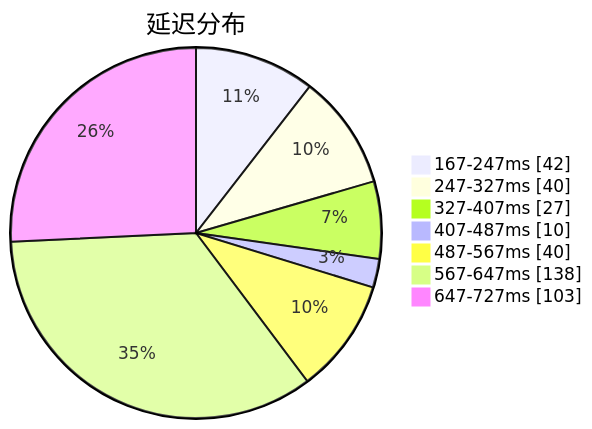
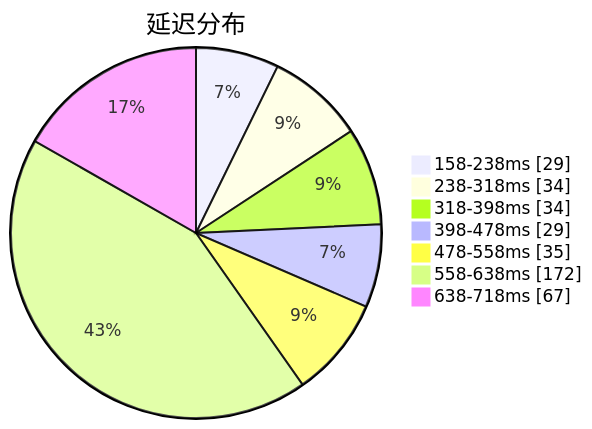
Before and after one commit to qjlxg/airport: the first of 3 diagrams in subs/statistics/tested_within.md, drawn with Mermaid. The commit also changed other lines of this file and 2 other files, not shown here.

Commit message:
Tested by metaST

````diff
--- a/subs/statistics/tested_within.md
+++ b/subs/statistics/tested_within.md
@@ -2,11 +2,11 @@
 ```mermaid
 pie showData
 title 延迟分布
-"167-247ms" : 42
-"247-327ms" : 40
-"327-407ms" : 27
-"407-487ms" : 10
-"487-567ms" : 40
-"567-647ms" : 138
-"647-727ms" : 103
+"158-238ms" : 29
+"238-318ms" : 34
+"318-398ms" : 34
+"398-478ms" : 29
+"478-558ms" : 35
+"558-638ms" : 172
+"638-718ms" : 67
 ```
````
